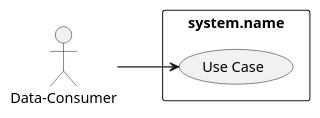
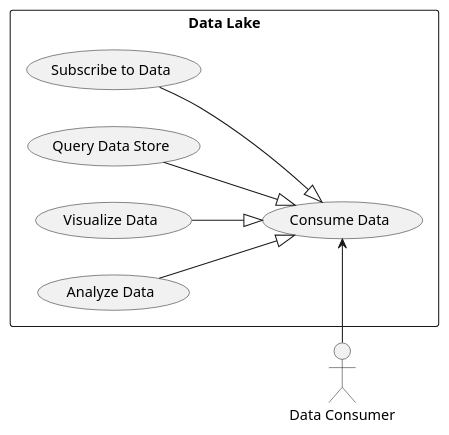
Before and after one commit to CAADE/DataLake: the diagram in design/Actors/Data-Consumer/UseCases.puml, drawn with PlantUML. The commit also changed 185 other files, not shown here.

```diff
--- a/design/Actors/Data-Consumer/UseCases.puml
+++ b/design/Actors/Data-Consumer/UseCases.puml
@@ -1,13 +1,21 @@
 @startuml
 
 left to right direction
 
-:Data-Consumer: as Actor
+:Data Consumer: as Actor
 
-rectangle "system.name" {
-    (Use Case) as U1
+rectangle "Data Lake" {
+    (Consume Data) as U1
+    (Subscribe to Data) as U11
+    (Query Data Store) as U12
+    (Visualize Data) as U13
+    (Analyze Data) as U14
 }
 
-Actor --> U1
+U11 --|> U1
+U12 --|> U1
+U13 --|> U1
+U14 --|> U1
+Actor -> U1
 
 @enduml
```
